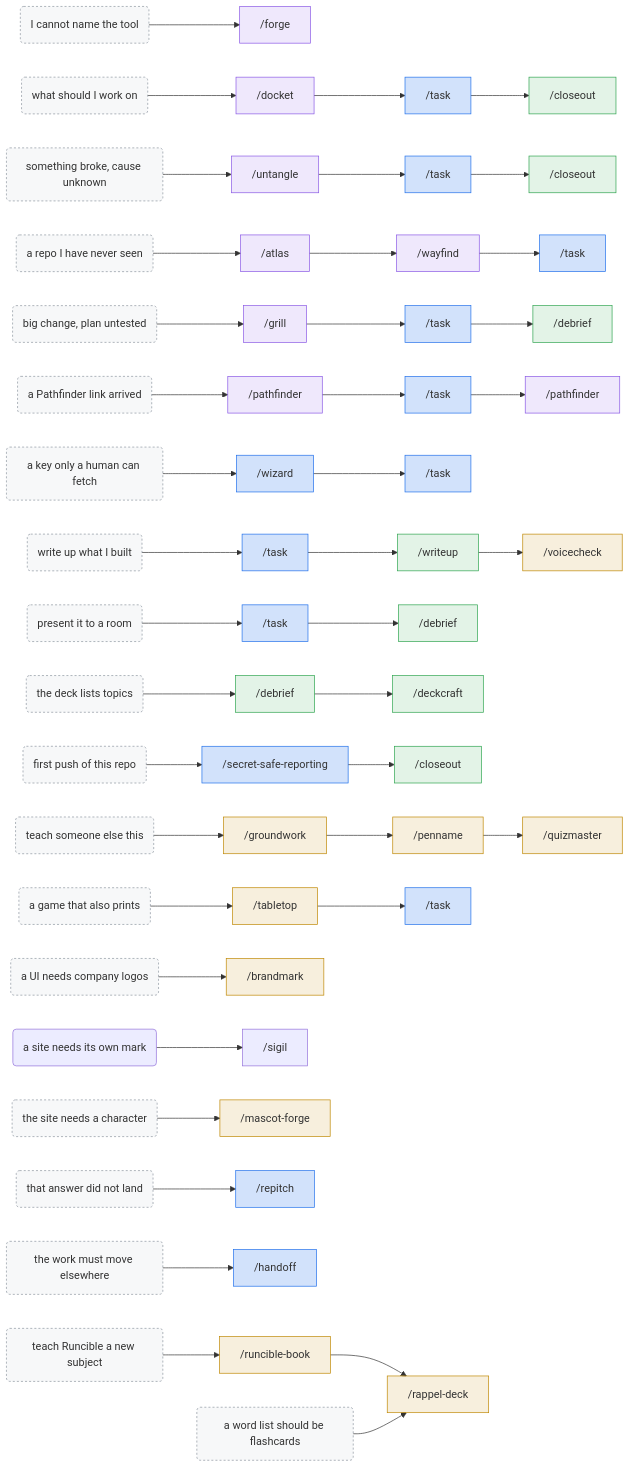
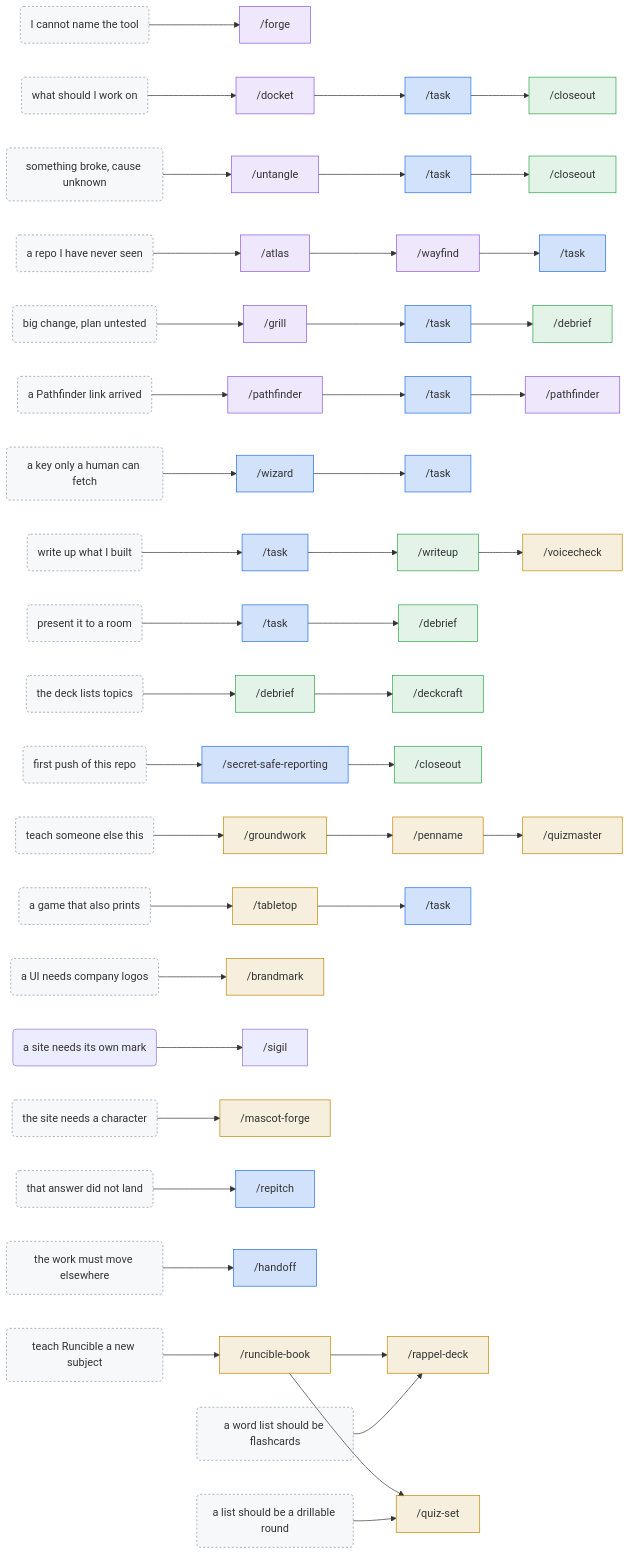
Before and after one commit to LucianoAdonis/neorgon-forge: the second of 2 diagrams in README.md, drawn with Mermaid. The commit also changed other lines of this file and 19 other files, not shown here.

First line of the commit message:
feat(skills): add quiz-set, and teach runcible-book the quiz round

````diff
--- a/README.md
+++ b/README.md
@@ -102,34 +102,36 @@
 ```mermaid
 flowchart LR
     q1("I cannot name the tool") --> n1_0["/forge"]
     q2("what should I work on") --> n2_0["/docket"] --> n2_1["/task"] --> n2_2["/closeout"]
     q3("something broke, cause unknown") --> n3_0["/untangle"] --> n3_1["/task"] --> n3_2["/closeout"]
     q4("a repo I have never seen") --> n4_0["/atlas"] --> n4_1["/wayfind"] --> n4_2["/task"]
     q5("big change, plan untested") --> n5_0["/grill"] --> n5_1["/task"] --> n5_2["/debrief"]
     q6("a Pathfinder link arrived") --> n6_0["/pathfinder"] --> n6_1["/task"] --> n6_2["/pathfinder"]
     q7("a key only a human can fetch") --> n7_0["/wizard"] --> n7_1["/task"]
     q8("write up what I built") --> n8_0["/task"] --> n8_1["/writeup"] --> n8_2["/voicecheck"]
     q9("present it to a room") --> n9_0["/task"] --> n9_1["/debrief"]
     q10("the deck lists topics") --> n10_0["/debrief"] --> n10_1["/deckcraft"]
     q11("first push of this repo") --> n11_0["/secret-safe-reporting"] --> n11_1["/closeout"]
     q12("teach someone else this") --> n12_0["/groundwork"] --> n12_1["/penname"] --> n12_2["/quizmaster"]
     q13("a game that also prints") --> n13_0["/tabletop"] --> n13_1["/task"]
     q14("a UI needs company logos") --> n14_0["/brandmark"]
     q14b("a site needs its own mark") --> n14b_0["/sigil"]
     q15("the site needs a character") --> n15_0["/mascot-forge"]
     q16("that answer did not land") --> n16_0["/repitch"]
     q17("the work must move elsewhere") --> n17_0["/handoff"]
     q18("teach Runcible a new subject") --> n18_0["/runcible-book"] --> n18_1["/rappel-deck"]
     q19("a word list should be flashcards") --> n18_1
+    n18_0 --> n20_0["/quiz-set"]
+    q20("a list should be a drillable round") --> n20_0
 
     classDef before fill:#8957e522,stroke:#8957e5,stroke-width:1px
     classDef during fill:#1f6feb33,stroke:#1f6feb,stroke-width:1px
     classDef after fill:#2da44e22,stroke:#2da44e,stroke-width:1px
     classDef craft fill:#bf870022,stroke:#bf8700,stroke-width:1px
     classDef ask fill:#8b949e11,stroke:#8b949e,stroke-dasharray:3 3
-    class q1,q2,q3,q4,q5,q6,q7,q8,q9,q10,q11,q12,q13,q14,q15,q16,q17,q18,q19 ask
+    class q1,q2,q3,q4,q5,q6,q7,q8,q9,q10,q11,q12,q13,q14,q15,q16,q17,q18,q19,q20 ask
     class n1_0,n2_0,n3_0,n4_0,n4_1,n5_0,n6_0,n6_2 before
     class n2_1,n3_1,n4_2,n5_1,n6_1,n7_0,n7_1,n8_0,n9_0,n11_0,n13_1,n16_0,n17_0 during
     class n2_2,n3_2,n5_2,n8_1,n9_1,n10_0,n10_1,n11_1 after
-    class n8_2,n12_0,n12_1,n12_2,n13_0,n14_0,n15_0,n18_0,n18_1 craft
+    class n8_2,n12_0,n12_1,n12_2,n13_0,n14_0,n15_0,n18_0,n18_1,n20_0 craft
 ```
````
